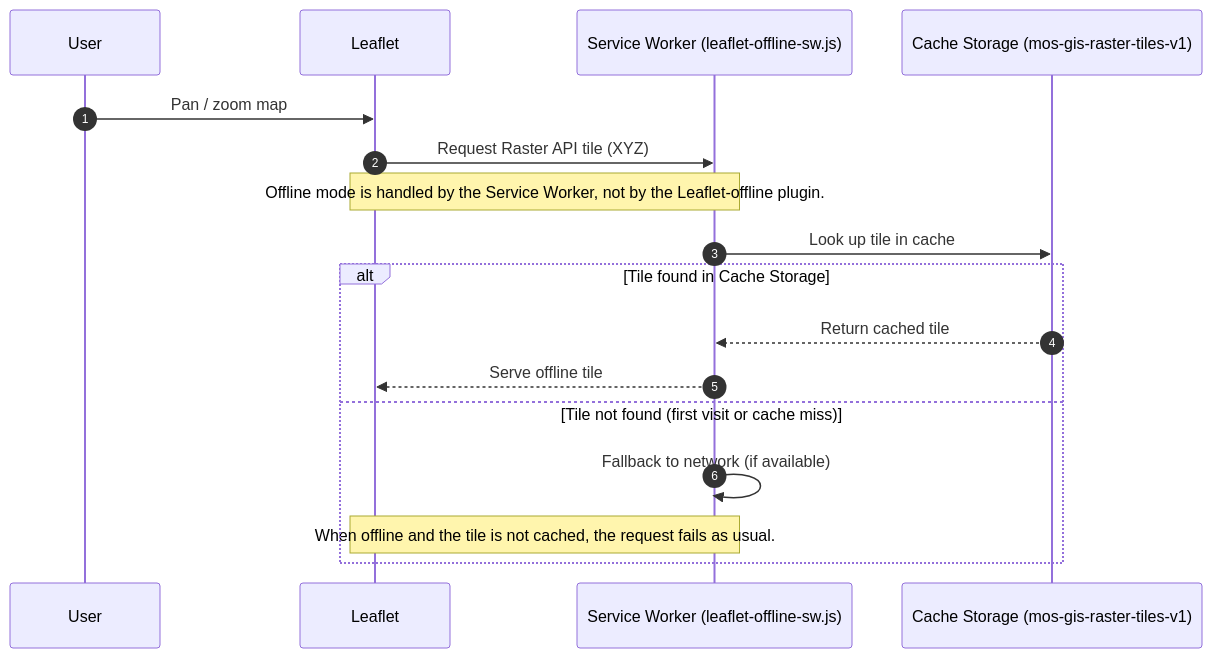
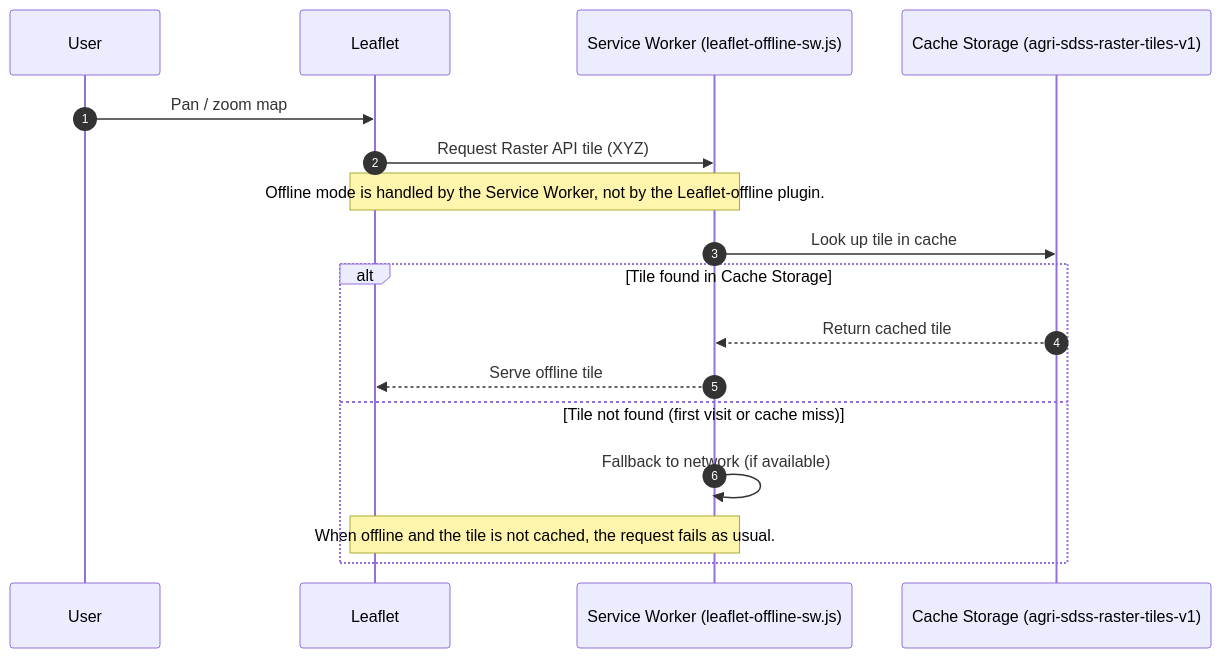
Before and after one commit to jeremie-durand/Agri-SDSS: the second of 2 diagrams in frontend/docs/tiles_generation_cache.md, drawn with Mermaid. The commit also changed other lines of this file and 47 other files, not shown here.

Commit message:
feat: rename project into "Agri-SDSS"

````diff
--- a/frontend/docs/tiles_generation_cache.md
+++ b/frontend/docs/tiles_generation_cache.md
@@ -30,22 +30,22 @@
 ```mermaid
 sequenceDiagram
     autonumber
     participant User
         participant Leaflet
         participant SW as Service Worker (leaflet-offline-sw.js)
-        participant TileCache as Cache Storage (mos-gis-raster-tiles-v1)
+        participant TileCache as Cache Storage (agri-sdss-raster-tiles-v1)
 
         User ->> Leaflet: Pan / zoom map
         Leaflet ->> SW: Request Raster API tile (XYZ)
 
         Note over Leaflet,SW: Offline mode is handled by the Service Worker, not by the Leaflet-offline plugin.
 
         SW ->> TileCache: Look up tile in cache
         alt Tile found in Cache Storage
             TileCache -->> SW: Return cached tile
             SW -->> Leaflet: Serve offline tile
         else Tile not found (first visit or cache miss)
             SW ->> SW: Fallback to network (if available)
             Note over SW,Leaflet: When offline and the tile is not cached, the request fails as usual.
         end
 ```
````
